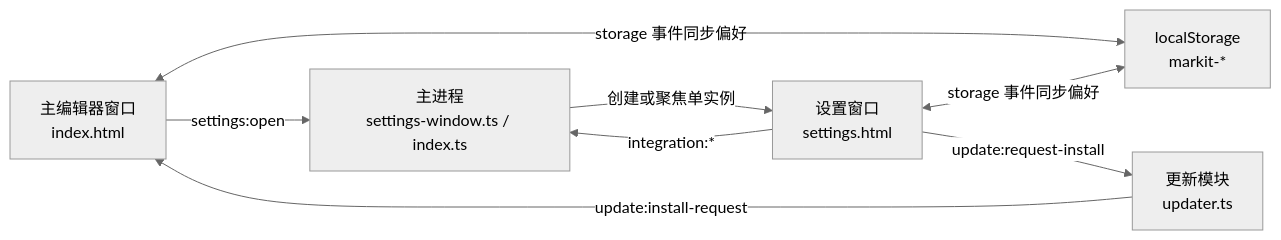
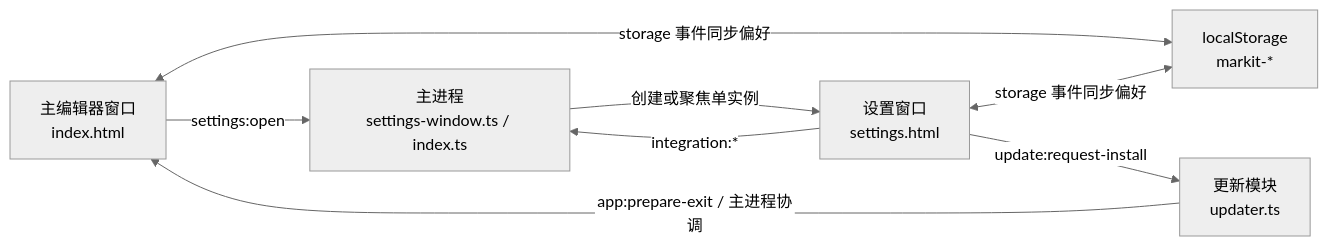
One commit to Harley-xk/mark-it changed the first of 2 diagrams in docs/独立设置窗口.md. Above: the diagram before and after it, drawn with Mermaid (neutral theme). The commit also changed other lines of this file and 47 other files, not shown here.

````diff
--- a/docs/独立设置窗口.md
+++ b/docs/独立设置窗口.md
@@ -51,16 +51,16 @@
 ```mermaid
 flowchart LR
   MW["主编辑器窗口<br/>index.html"]
   SW["设置窗口<br/>settings.html"]
   M["主进程<br/>settings-window.ts / index.ts"]
   UP["更新模块<br/>updater.ts"]
   LS["localStorage<br/>markit-*"]
 
   MW -->|"settings:open"| M
   M -->|"创建或聚焦单实例"| SW
   MW <-->|"storage 事件同步偏好"| LS
   SW <-->|"storage 事件同步偏好"| LS
   SW -->|"integration:*"| M
   SW -->|"update:request-install"| UP
-  UP -->|"update:install-request"| MW
+  UP -->|"app:prepare-exit / 主进程协调"| MW
 ```
````
